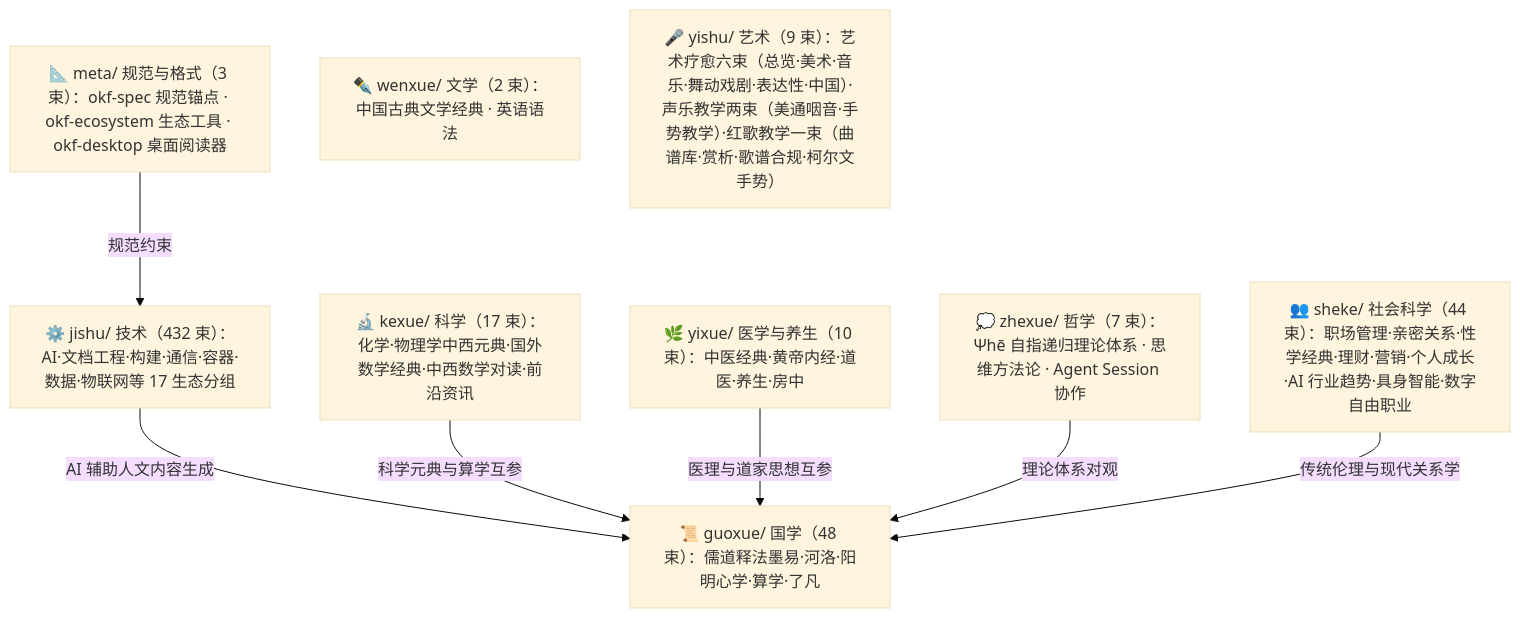
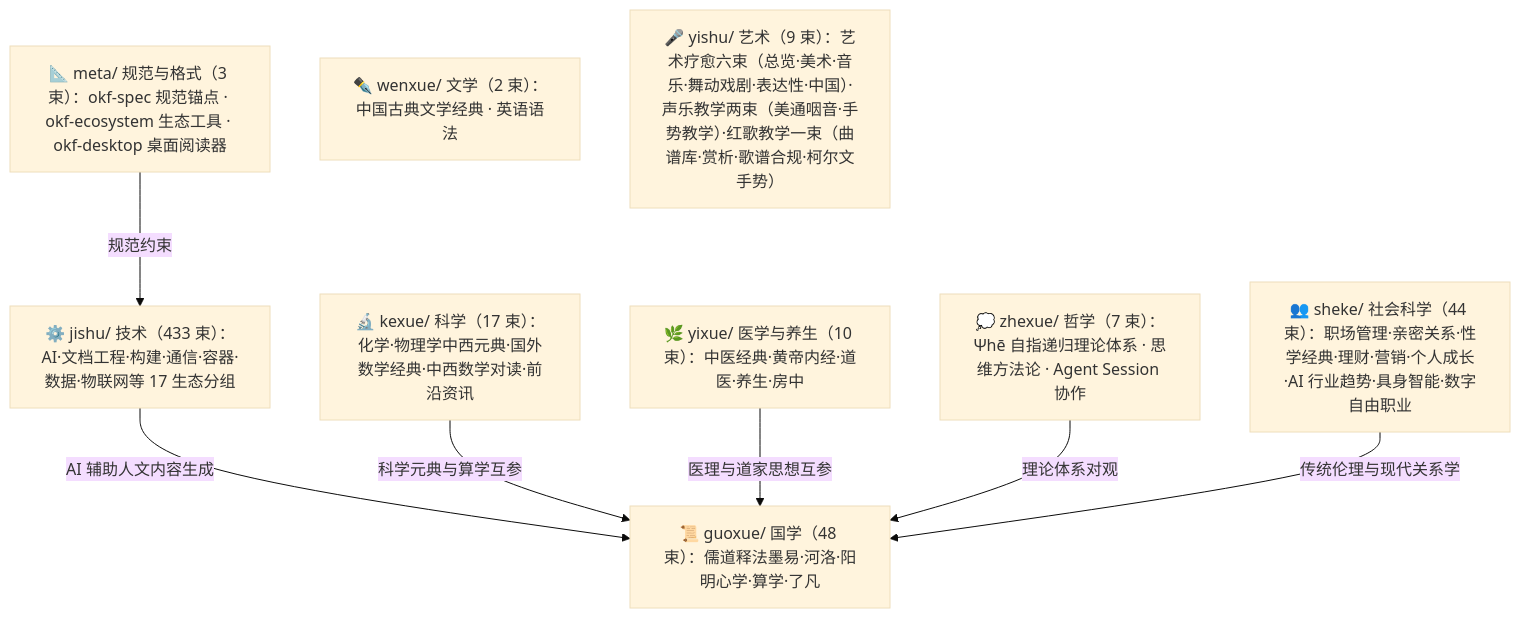
Before and after one commit to awesome-flexloop/awesome-okf: the diagram in doc/bundles/index.md, drawn with Mermaid (base theme). The commit also changed other lines of this file and 10 other files, not shown here.

````diff
--- a/doc/bundles/index.md
+++ b/doc/bundles/index.md
@@ -21,18 +21,18 @@
 ```mermaid
 flowchart TD
     meta["📐 meta/ 规范与格式（3 束）：okf-spec 规范锚点 · okf-ecosystem 生态工具 · okf-desktop 桌面阅读器"]
     guoxue["📜 guoxue/ 国学（48 束）：儒道释法墨易·河洛·阳明心学·算学·了凡"]
     zhexue["💭 zhexue/ 哲学（7 束）：Ψhē 自指递归理论体系 · 思维方法论 · Agent Session 协作"]
     kexue["🔬 kexue/ 科学（17 束）：化学·物理学中西元典·国外数学经典·中西数学对读·前沿资讯"]
     wenxue["✒️ wenxue/ 文学（2 束）：中国古典文学经典 · 英语语法"]
     yixue["🌿 yixue/ 医学与养生（10 束）：中医经典·黄帝内经·道医·养生·房中"]
     sheke["👥 sheke/ 社会科学（44 束）：职场管理·亲密关系·性学经典·理财·营销·个人成长·AI 行业趋势·具身智能·数字自由职业"]
     yishu["🎤 yishu/ 艺术（9 束）：艺术疗愈六束（总览·美术·音乐·舞动戏剧·表达性·中国）·声乐教学两束（美通咽音·手势教学）·红歌教学一束（曲谱库·赏析·歌谱合规·柯尔文手势）"]
-    jishu["⚙️ jishu/ 技术（432 束）：AI·文档工程·构建·通信·容器·数据·物联网等 17 生态分组"]
+    jishu["⚙️ jishu/ 技术（433 束）：AI·文档工程·构建·通信·容器·数据·物联网等 17 生态分组"]
     meta -->|"规范约束"| jishu
     jishu -->|"AI 辅助人文内容生成"| guoxue
     kexue -->|"科学元典与算学互参"| guoxue
     yixue -->|"医理与道家思想互参"| guoxue
     zhexue -->|"理论体系对观"| guoxue
     sheke -->|"传统伦理与现代关系学"| guoxue
 ```
````
